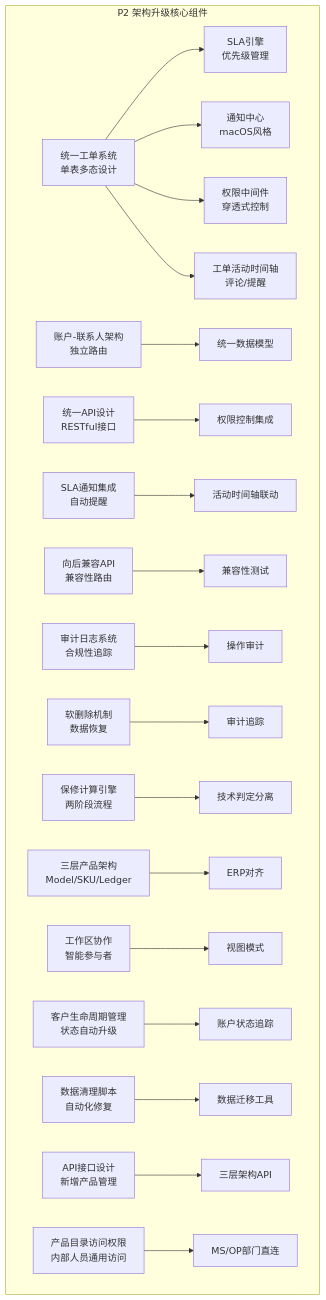
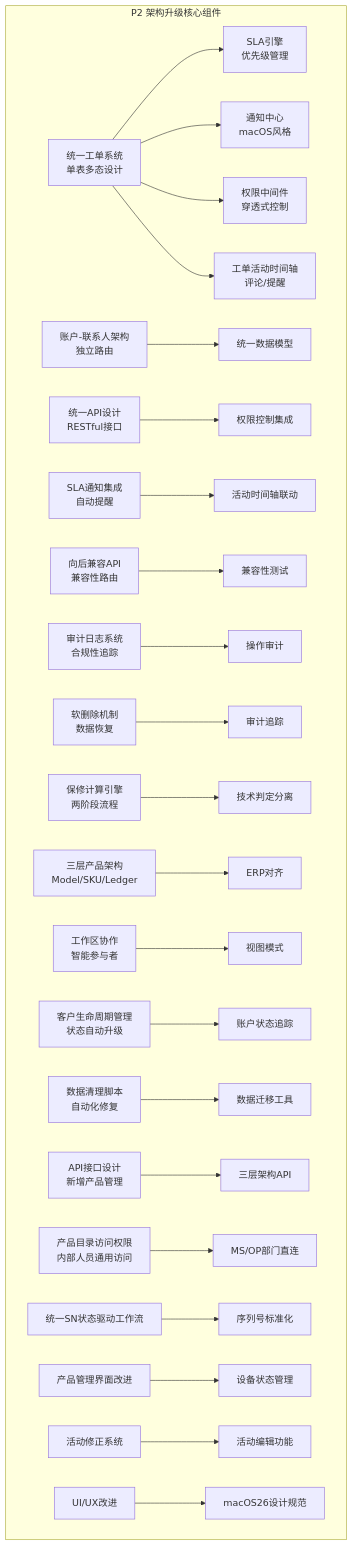
One commit to CubeEdge/Longhorn changed the first of 42 diagrams in .qoder/repowiki/zh/content/开发指南/Service PRD_P2 服务产品需求文档.md. Above: the diagram before and after it, drawn with Mermaid. The commit also changed other lines of this file and 31 other files, not shown here.

````diff
--- a/.qoder/repowiki/zh/content/开发指南/Service PRD_P2 服务产品需求文档.md
+++ b/.qoder/repowiki/zh/content/开发指南/Service PRD_P2 服务产品需求文档.md
@@ -125,22 +146,26 @@
 ```mermaid
 graph TB
 subgraph "P2 架构升级核心组件"
 A[统一工单系统<br/>单表多态设计] --> B[SLA引擎<br/>优先级管理]
 A --> C[通知中心<br/>macOS风格]
 A --> D[权限中间件<br/>穿透式控制]
 A --> E[工单活动时间轴<br/>评论/提醒]
 F[账户-联系人架构<br/>独立路由] --> G[统一数据模型]
 H[统一API设计<br/>RESTful接口] --> I[权限控制集成]
 J[SLA通知集成<br/>自动提醒] --> K[活动时间轴联动]
 L[向后兼容API<br/>兼容性路由] --> M[兼容性测试]
 N[审计日志系统<br/>合规性追踪] --> O[操作审计]
 P[软删除机制<br/>数据恢复] --> Q[审计追踪]
 R[保修计算引擎<br/>两阶段流程] --> S[技术判定分离]
 T[三层产品架构<br/>Model/SKU/Ledger] --> U[ERP对齐]
 V[工作区协作<br/>智能参与者] --> W[视图模式]
 X[客户生命周期管理<br/>状态自动升级] --> Y[账户状态追踪]
 Z[数据清理脚本<br/>自动化修复] --> AA[数据迁移工具]
 AB[API接口设计<br/>新增产品管理] --> AC[三层架构API]
 AD[产品目录访问权限<br/>内部人员通用访问] --> AE[MS/OP部门直连]
+AF[统一SN状态驱动工作流] --> AG[序列号标准化]
+AH[产品管理界面改进] --> AI[设备状态管理]
+AJ[活动修正系统] --> AK[活动编辑功能]
+AL[UI/UX改进] --> AM[macOS26设计规范]
 end
 ```
````
